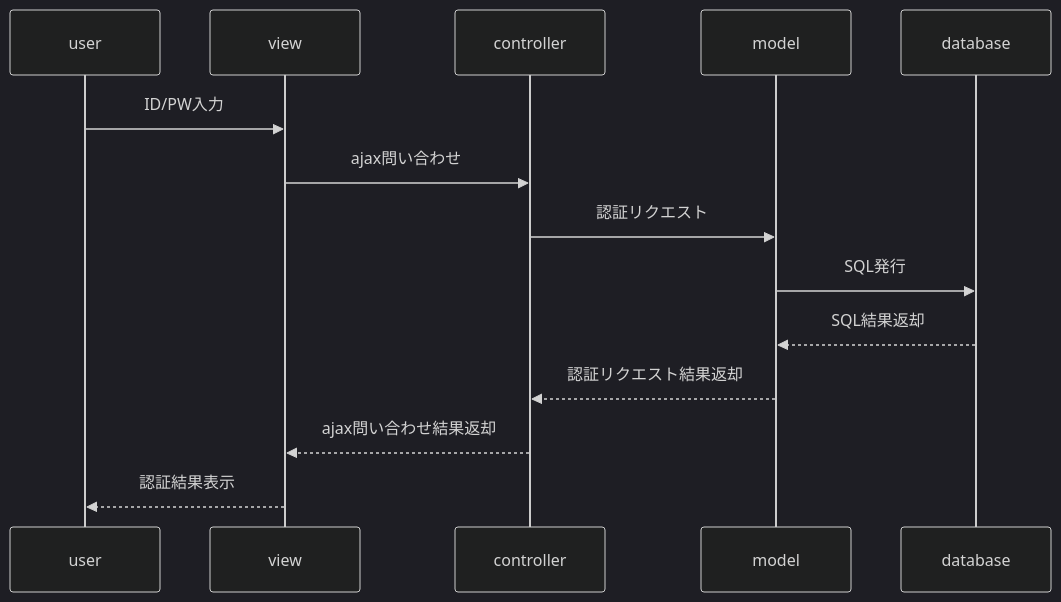
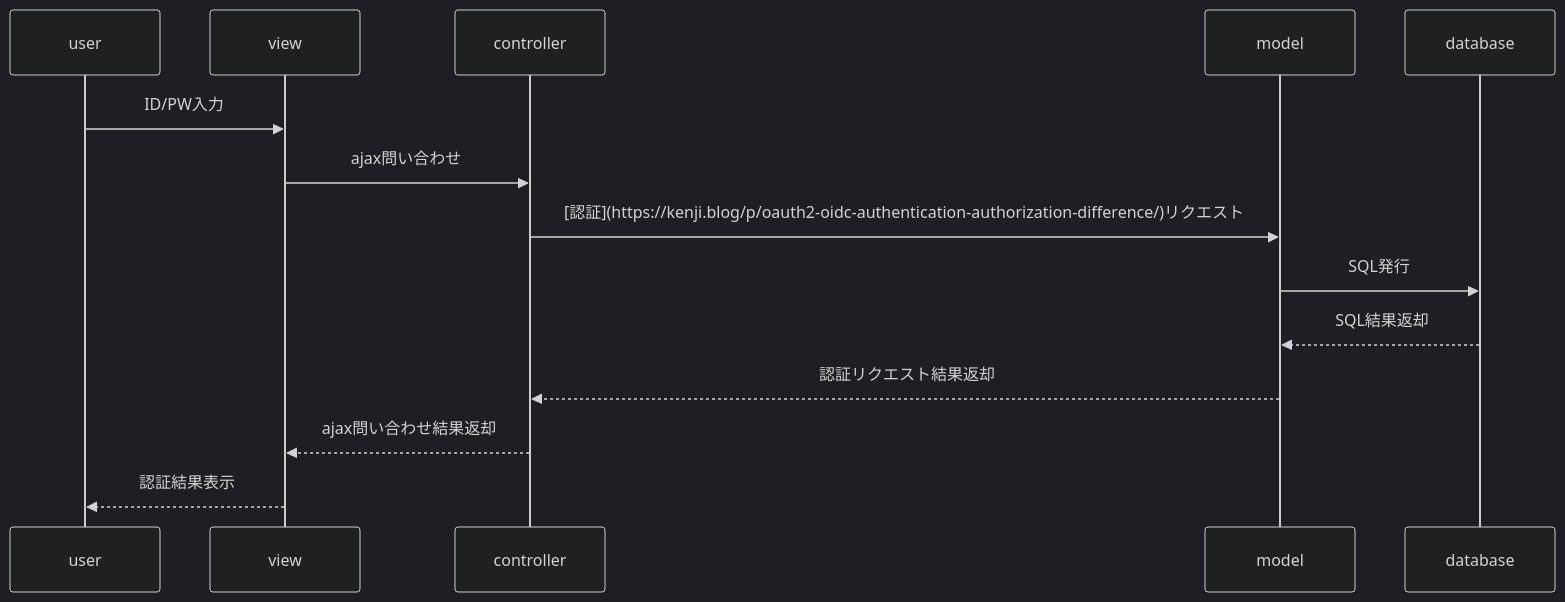
One commit to kenjinote/blog changed the third of 3 diagrams in content/post/mermaid.jsを試してみる/index.md. Above: the diagram before and after it, drawn with Mermaid (dark theme). The commit also changed 802 other files, not shown here.

```diff
--- a/content/post/mermaid.jsを試してみる/index.md
+++ b/content/post/mermaid.jsを試してみる/index.md
@@ -235,16 +235,16 @@
 {{<mermaid align="center">}}
 sequenceDiagram
     participant user
     participant view
     participant controller
     participant model
     participant database
     user->>view: ID/PW入力
     view->>controller: ajax問い合わせ
-    controller->>model: 認証リクエスト
+    controller->>model: [認証](https://kenji.blog/p/oauth2-oidc-authentication-authorization-difference/)リクエスト
     model->>database: SQL発行
     database-->>model: SQL結果返却
     model-->>controller: 認証リクエスト結果返却
     controller-->>view: ajax問い合わせ結果返却
     view-->>user: 認証結果表示
 {{</mermaid>}}
```
